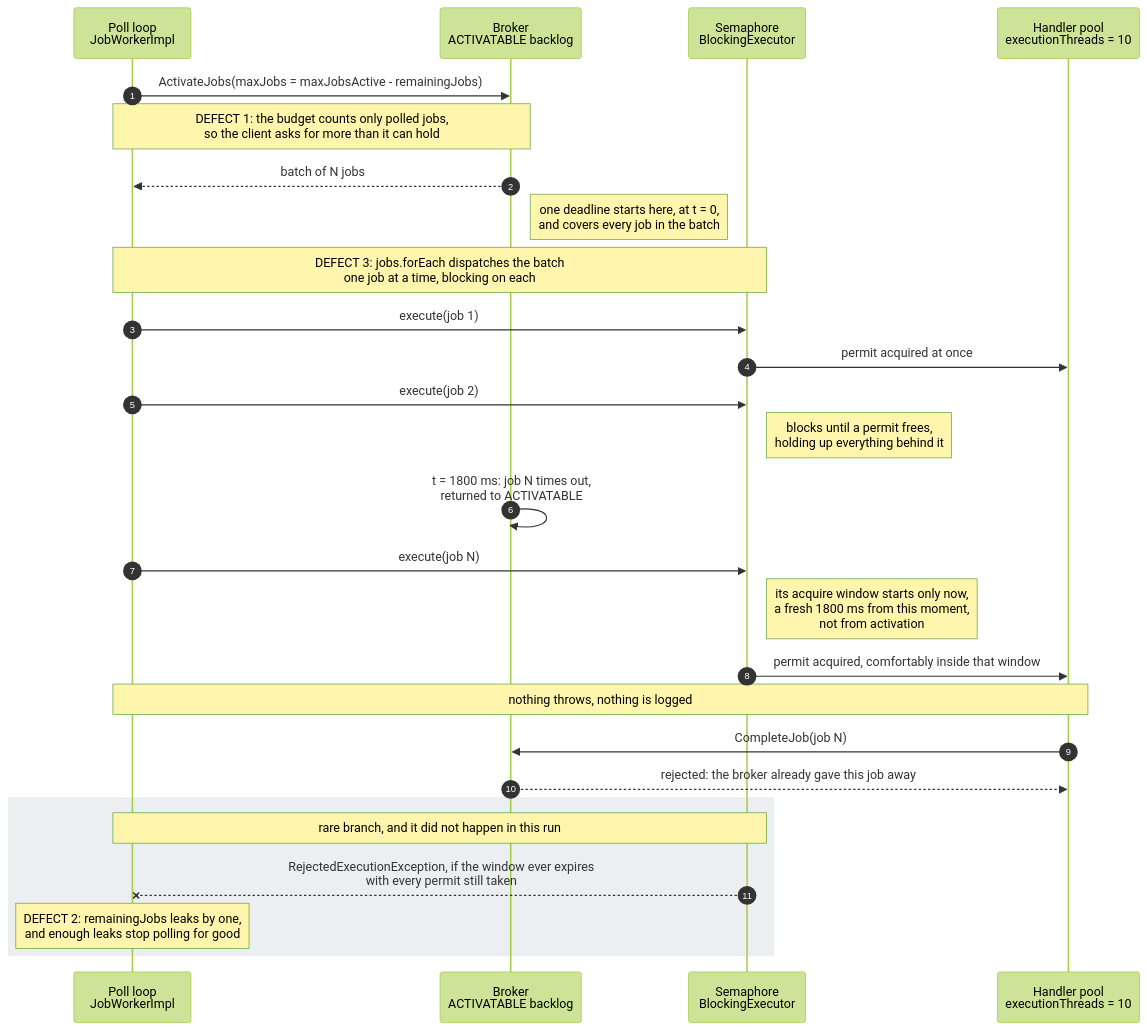
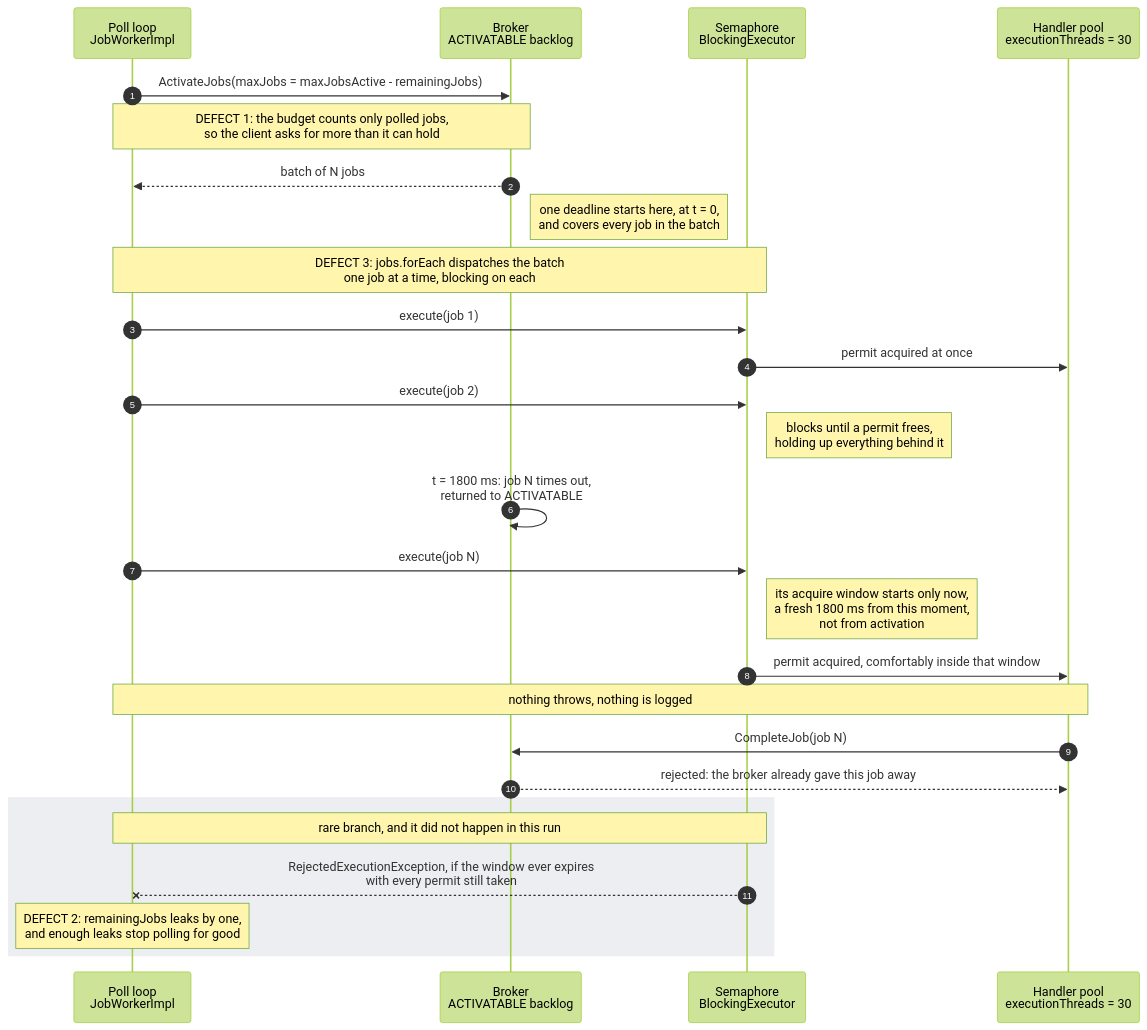
The first of 2 diagrams in chaos-days/blog/2026-08-06-worker-downtime-throughput-recovery/index.md (camunda/zeebe-chaos), drawn with Mermaid (forest theme) before and after one commit. The commit also changed other lines of this file, not shown here.

````diff
--- a/chaos-days/blog/2026-08-06-worker-downtime-throughput-recovery/index.md
+++ b/chaos-days/blog/2026-08-06-worker-downtime-throughput-recovery/index.md
@@ -215,33 +217,33 @@
 ```mermaid
 sequenceDiagram
     autonumber
     participant P as Poll loop<br/>JobWorkerImpl
     participant B as Broker<br/>ACTIVATABLE backlog
     participant S as Semaphore<br/>BlockingExecutor
-    participant H as Handler pool<br/>executionThreads = 10
+    participant H as Handler pool<br/>executionThreads = 30
 
     P->>B: ActivateJobs(maxJobs = maxJobsActive - remainingJobs)
     Note over P,B: DEFECT 1: the budget counts only polled jobs,<br/>so the client asks for more than it can hold
     B-->>P: batch of N jobs
     Note right of B: one deadline starts here, at t = 0,<br/>and covers every job in the batch
 
     Note over P,S: DEFECT 3: jobs.forEach dispatches the batch<br/>one job at a time, blocking on each
     P->>S: execute(job 1)
     S->>H: permit acquired at once
     P->>S: execute(job 2)
     Note right of S: blocks until a permit frees,<br/>holding up everything behind it
 
     B->>B: t = 1800 ms: job N times out,<br/>returned to ACTIVATABLE
     P->>S: execute(job N)
     Note right of S: its acquire window starts only now,<br/>a fresh 1800 ms from this moment,<br/>not from activation
     S->>H: permit acquired, comfortably inside that window
     Note over P,H: nothing throws, nothing is logged
     H->>B: CompleteJob(job N)
     B-->>H: rejected: the broker already gave this job away
 
     rect rgb(236, 238, 241)
     Note over S,P: rare branch, and it did not happen in this run
     S--xP: RejectedExecutionException, if the window ever expires<br/>with every permit still taken
     Note over P: DEFECT 2: remainingJobs leaks by one,<br/>and enough leaks stop polling for good
     end
 ```
````
